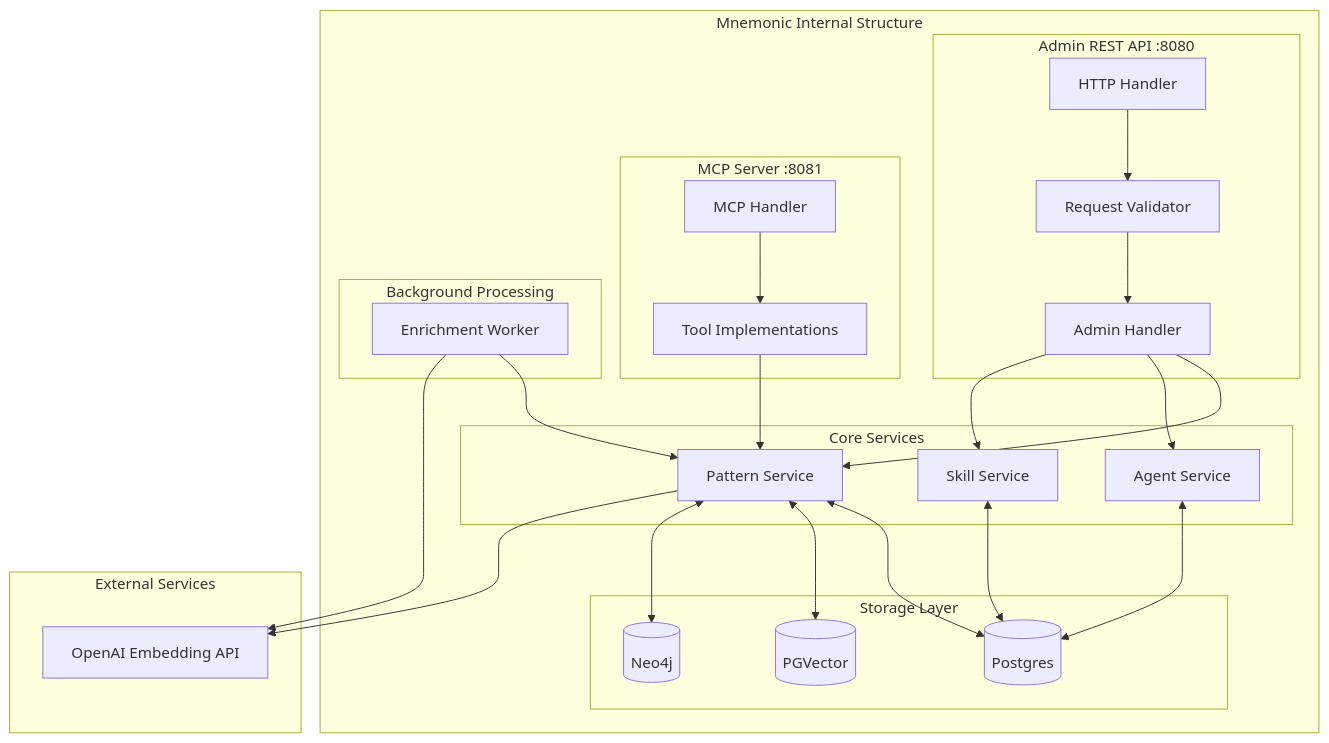
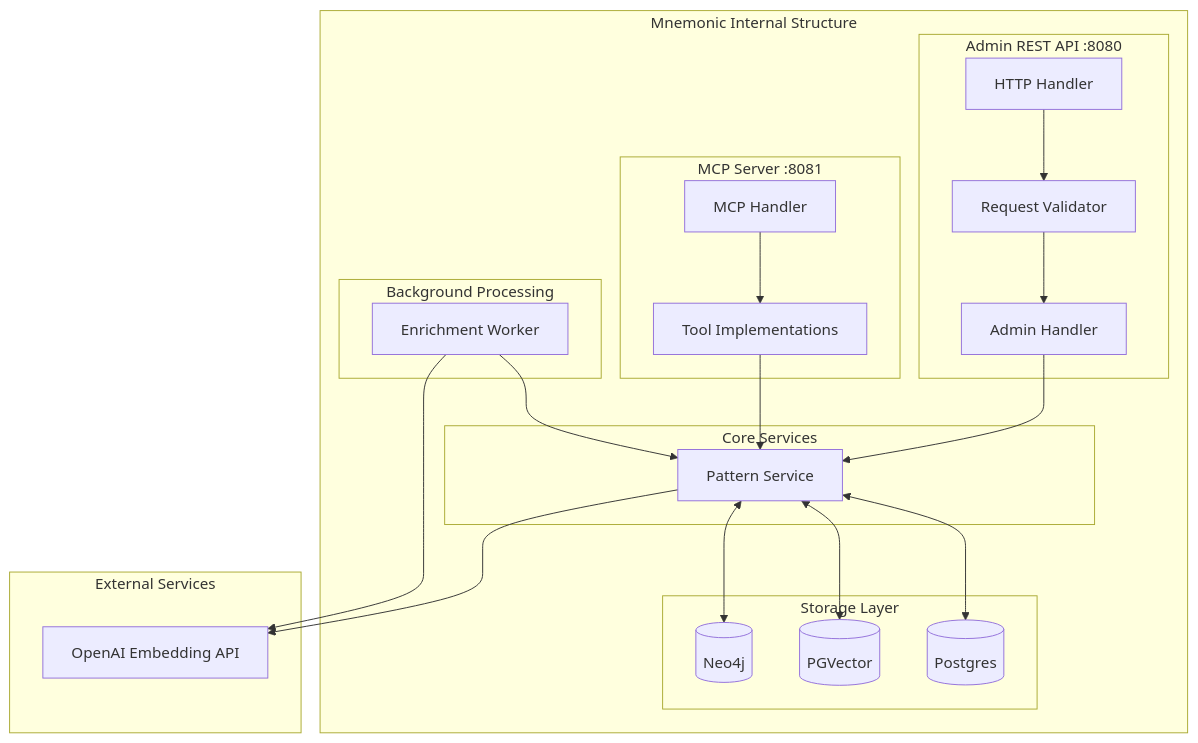
The second of 6 diagrams in docs/architecture/system/02-system-architecture.md (twistingmercury/mnemonic-docs), drawn with Mermaid before and after one commit. The commit also changed other lines of this file and 8 other files, not shown here.

````diff
--- a/docs/architecture/system/02-system-architecture.md
+++ b/docs/architecture/system/02-system-architecture.md
@@ -86,54 +82,48 @@
 ```mermaid
 graph TB
     subgraph "Mnemonic Internal Structure"
         subgraph "Admin REST API :8080"
             REST_HANDLER[HTTP Handler]
             REST_VALID[Request Validator]
             ADMIN_SVC[Admin Handler]
         end
 
         subgraph "MCP Server :8081"
             MCP_HANDLER[MCP Handler]
             MCP_TOOLS[Tool Implementations]
         end
 
         subgraph "Core Services"
             PATTERN[Pattern Service]
-            AGENT[Agent Service]
-            SKILL[Skill Service]
         end
 
         subgraph "Storage Layer"
             PG[(Postgres)]
             PGV[(PGVector)]
             NEO[(Neo4j)]
         end
 
         subgraph "Background Processing"
             ENRICH[Enrichment Worker]
         end
     end
 
     subgraph "External Services"
         OPENAI[OpenAI Embedding API]
     end
 
     REST_HANDLER --> REST_VALID
     REST_VALID --> ADMIN_SVC
     ADMIN_SVC --> PATTERN
-    ADMIN_SVC --> AGENT
-    ADMIN_SVC --> SKILL
 
     MCP_HANDLER --> MCP_TOOLS
     MCP_TOOLS --> PATTERN
 
     PATTERN <--> PG
     PATTERN <--> PGV
     PATTERN <--> NEO
-    AGENT <--> PG
-    SKILL <--> PG
 
     ENRICH --> PATTERN
     ENRICH --> OPENAI
     PATTERN --> OPENAI
 ```
````
